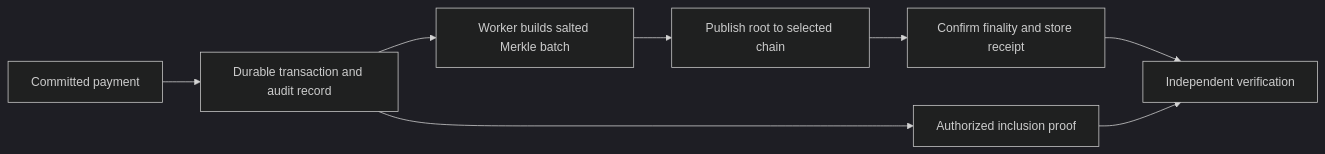
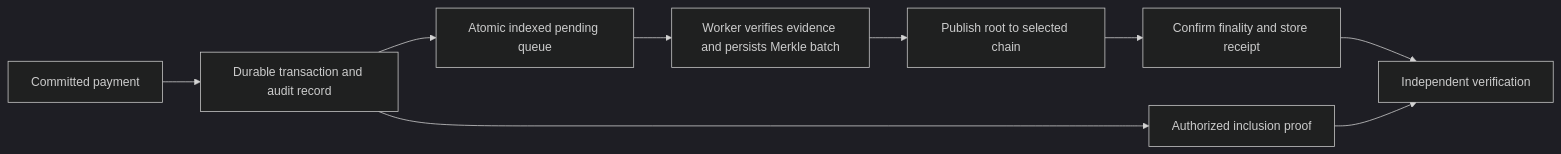
One commit to InsaneCoder789/Rail changed the second of 3 diagrams in docs/V2_TECHNICAL_GUIDE.md. Above: the diagram before and after it, drawn with Mermaid (dark theme). The commit also changed other lines of this file and 18 other files, not shown here.

````diff
--- a/docs/V2_TECHNICAL_GUIDE.md
+++ b/docs/V2_TECHNICAL_GUIDE.md
@@ -152,10 +152,11 @@
 ```mermaid
 flowchart LR
   Payment[Committed payment] --> Store[Durable transaction and audit record]
-  Store --> Batch[Worker builds salted Merkle batch]
+  Store --> Queue[Atomic indexed pending queue]
+  Queue --> Batch[Worker verifies evidence and persists Merkle batch]
   Batch --> Anchor[Publish root to selected chain]
   Anchor --> Finality[Confirm finality and store receipt]
   Store --> Proof[Authorized inclusion proof]
   Finality --> Verify[Independent verification]
   Proof --> Verify
 ```
````
